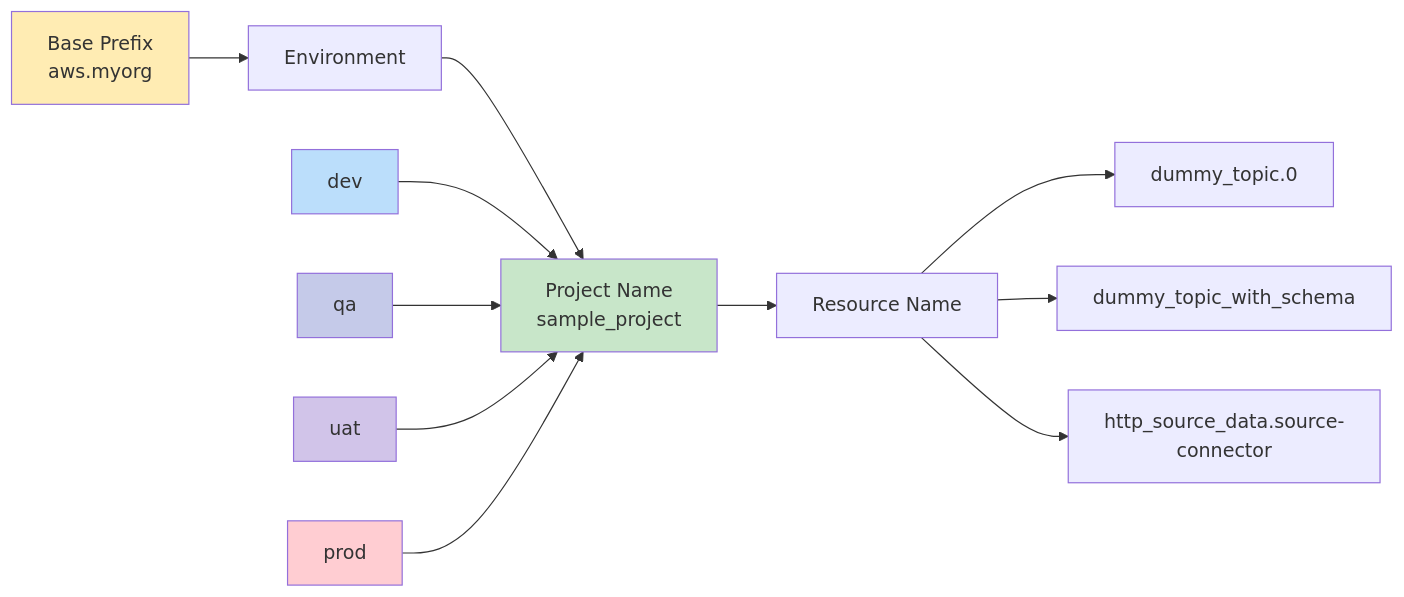
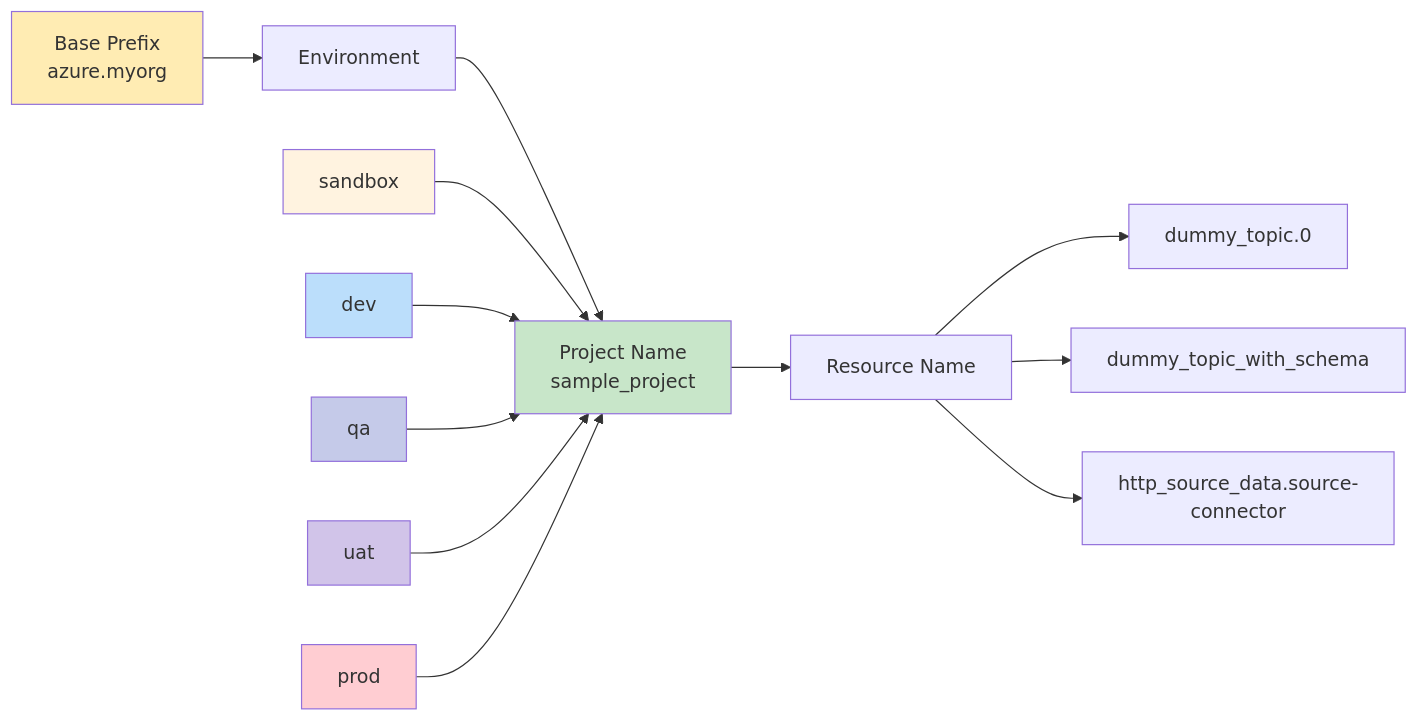
One commit to aakashchhabra1989/confluent-resource-manager-azure changed the fifth of 10 diagrams in architecture/ARCHITECTURE_DIAGRAMS.md. Above: the diagram before and after it, drawn with Mermaid. The commit also changed other lines of this file and 4 other files, not shown here.

Commit message:
docs and architecture updated

````diff
--- a/architecture/ARCHITECTURE_DIAGRAMS.md
+++ b/architecture/ARCHITECTURE_DIAGRAMS.md
@@ -124,22 +187,24 @@
 ```mermaid
 flowchart LR
-    A["Base Prefix<br/>aws.myorg"] --> B[Environment]
+    A["Base Prefix<br/>azure.myorg"] --> B[Environment]
     B --> C[Project Name<br/>sample_project]
     C --> D[Resource Name]
     
-    B1[dev] --> C
-    B2[qa] --> C
-    B3[uat] --> C
-    B4[prod] --> C
+    B1[sandbox] --> C
+    B2[dev] --> C
+    B3[qa] --> C
+    B4[uat] --> C
+    B5[prod] --> C
     
     D --> E[dummy_topic.0]
     D --> F[dummy_topic_with_schema]
     D --> G[http_source_data.source-connector]
     
     style A fill:#ffecb3
     style C fill:#c8e6c9
-    style B1 fill:#bbdefb
-    style B2 fill:#c5cae9
-    style B3 fill:#d1c4e9
-    style B4 fill:#ffcdd2
+    style B1 fill:#fff3e0
+    style B2 fill:#bbdefb
+    style B3 fill:#c5cae9
+    style B4 fill:#d1c4e9
+    style B5 fill:#ffcdd2
 ```
````
